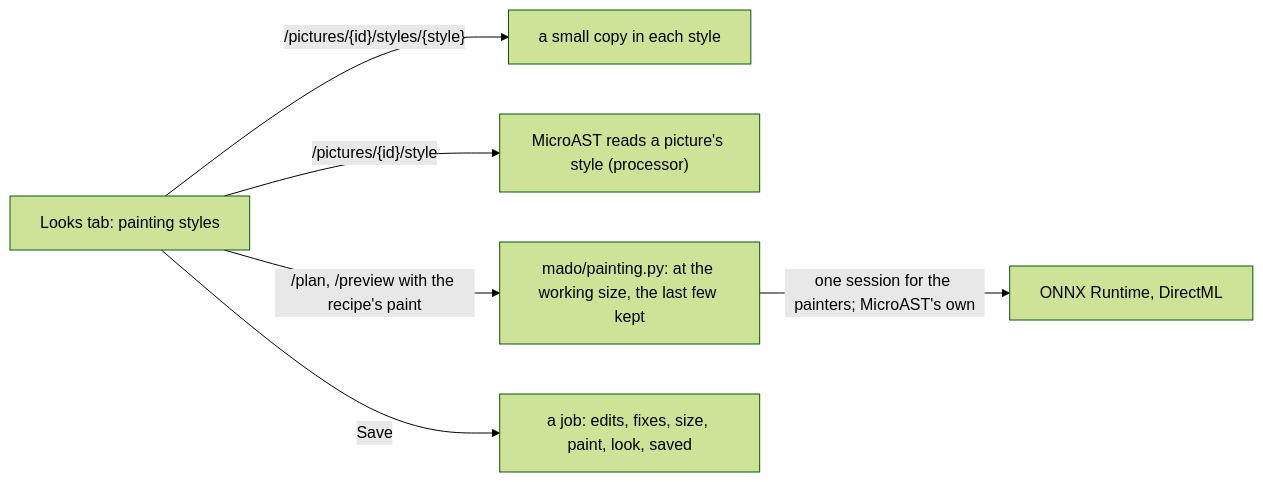
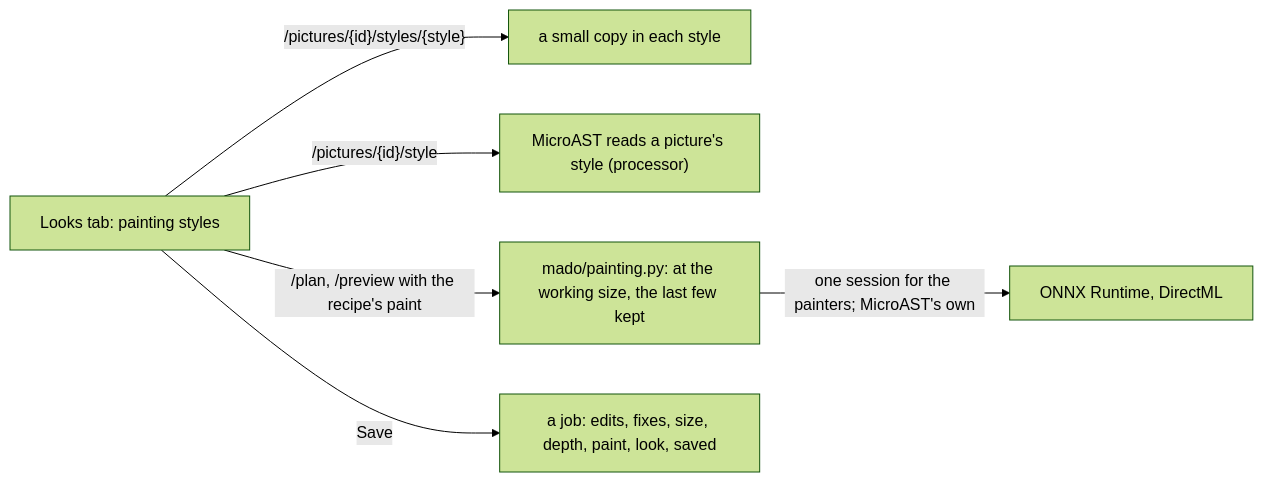
Before and after one commit to frankgrobbelaar/mado: the sixth of 12 diagrams in docs/architecture.md, drawn with Mermaid (forest theme). The commit also changed other lines of this file and 82 other files, not shown here.

````diff
--- a/docs/architecture.md
+++ b/docs/architecture.md
@@ -203,8 +203,8 @@
 ```mermaid
 flowchart LR
     tab["Looks tab: painting styles"] -- "/pictures/{id}/styles/{style}" --> small["a small copy in each style"]
     tab -- "/pictures/{id}/style" --> reader["MicroAST reads a picture's style (processor)"]
     tab -- "/plan, /preview with the recipe's paint" --> painter["mado/painting.py: at the working size, the last few kept"]
     painter -- "one session for the painters; MicroAST's own" --> models["ONNX Runtime, DirectML"]
-    tab -- "Save" --> job["a job: edits, fixes, size, paint, look, saved"]
+    tab -- "Save" --> job["a job: edits, fixes, size, depth, paint, look, saved"]
 ```
````
